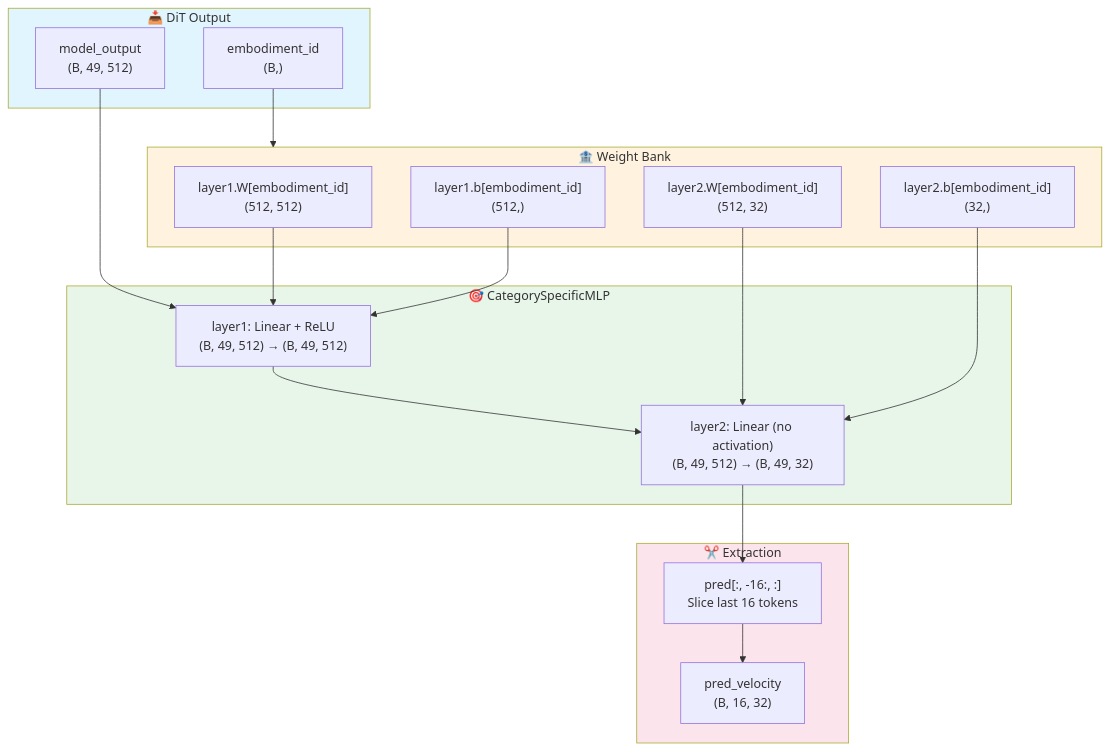
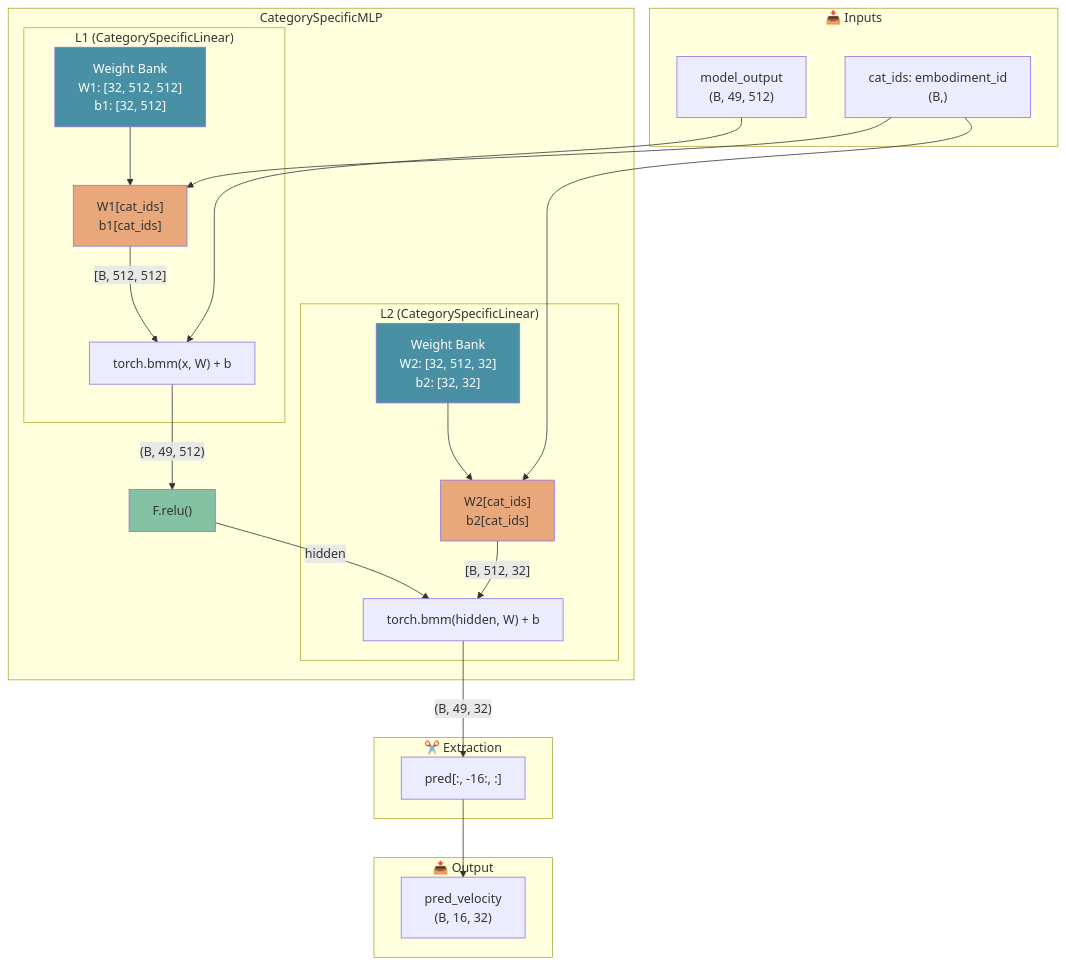
Before and after one commit to mvipin/chefmate: diagram 14 of 45 in README.md, drawn with Mermaid. The commit also changed other lines of this file, not shown here.

````diff
--- a/README.md
+++ b/README.md
@@ -1751,38 +1515,45 @@
 ```mermaid
 flowchart TB
-    subgraph INPUT["📥 DiT Output"]
+    subgraph INPUT["📥 Inputs"]
         D1["model_output<br/>(B, 49, 512)"]
-        E1["embodiment_id<br/>(B,)"]
+        E1["cat_ids: embodiment_id<br/>(B,)"]
     end
 
-    subgraph WEIGHTS["🏦 Weight Bank"]
-        W1["layer1.W[embodiment_id]<br/>(512, 512)"]
-        B1["layer1.b[embodiment_id]<br/>(512,)"]
-        W2["layer2.W[embodiment_id]<br/>(512, 32)"]
-        B2["layer2.b[embodiment_id]<br/>(32,)"]
-    end
+    subgraph MLP["CategorySpecificMLP"]
+        subgraph L1["L1 (CategorySpecificLinear)"]
+            WB1["Weight Bank<br/>W1: [32, 512, 512]<br/>b1: [32, 512]"]
+            IDX1["W1[cat_ids]<br/>b1[cat_ids]"]
+            BMM1["torch.bmm(x, W) + b"]
+        end
 
-    subgraph DECODE["🎯 CategorySpecificMLP"]
-        L1["layer1: Linear + ReLU<br/>(B, 49, 512) → (B, 49, 512)"]
-        L2["layer2: Linear (no activation)<br/>(B, 49, 512) → (B, 49, 32)"]
+        RELU["F.relu()"]
+
+        subgraph L2["L2 (CategorySpecificLinear)"]
+            WB2["Weight Bank<br/>W2: [32, 512, 32]<br/>b2: [32, 32]"]
+            IDX2["W2[cat_ids]<br/>b2[cat_ids]"]
+            BMM2["torch.bmm(hidden, W) + b"]
+        end
     end
 
     subgraph SLICE["✂️ Extraction"]
-        S1["pred[:, -16:, :]<br/>Slice last 16 tokens"]
-        S2["pred_velocity<br/>(B, 16, 32)"]
+        S1["pred[:, -16:, :]"]
     end
 
-    D1 --> L1
-    E1 --> WEIGHTS
-    W1 --> L1
-    B1 --> L1
-    L1 --> L2
-    W2 --> L2
-    B2 --> L2
-    L2 --> S1 --> S2
+    subgraph OUTPUT["📤 Output"]
+        OUT["pred_velocity<br/>(B, 16, 32)"]
+    end
 
-    style INPUT fill:#e1f5fe
-    style WEIGHTS fill:#fff3e0
-    style DECODE fill:#e8f5e9
-    style SLICE fill:#fce4ec
+    D1 --> BMM1
+    E1 --> IDX1 & IDX2
+    WB1 --> IDX1 -->|"[B, 512, 512]"| BMM1
+    BMM1 -->|"(B, 49, 512)"| RELU
+    RELU -->|"hidden"| BMM2
+    WB2 --> IDX2 -->|"[B, 512, 32]"| BMM2
+    BMM2 -->|"(B, 49, 32)"| S1 --> OUT
+
+    style WB1 fill:#4a90a4,color:#fff
+    style WB2 fill:#4a90a4,color:#fff
+    style IDX1 fill:#e8a87c
+    style IDX2 fill:#e8a87c
+    style RELU fill:#85c1a3
 ```
````
